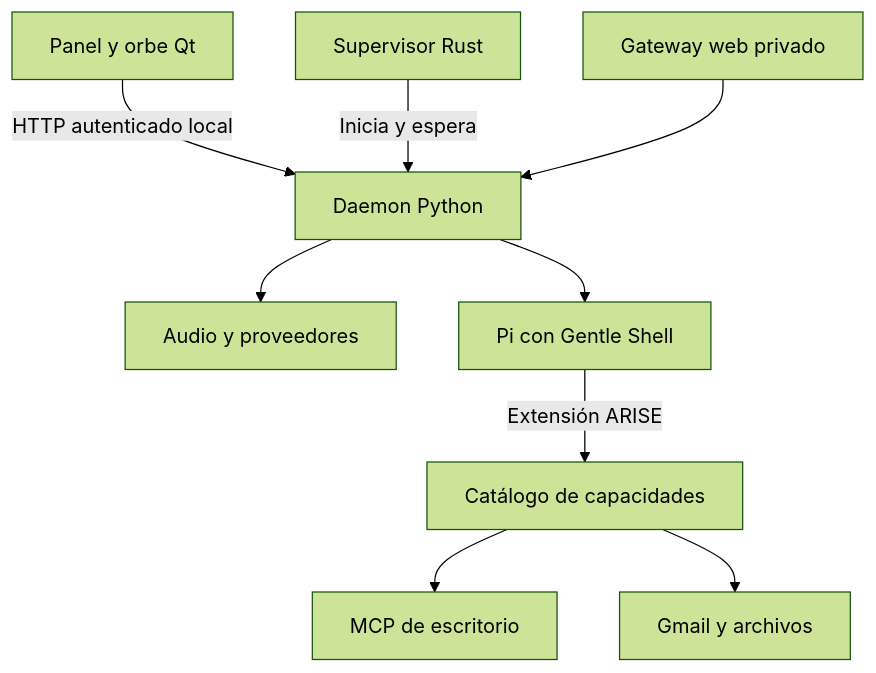
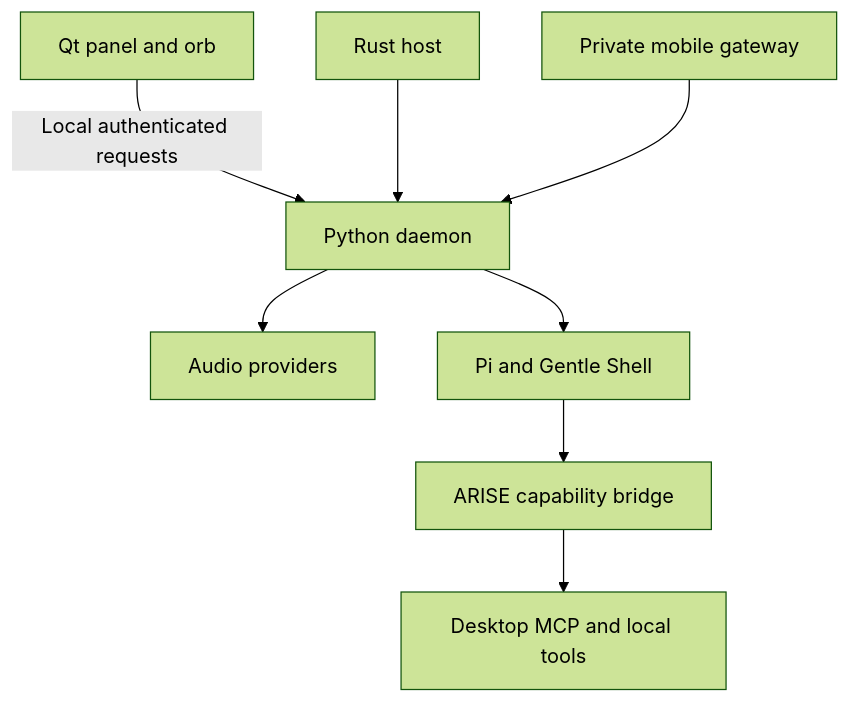
One commit to Maicololiveras/Arise changed the diagram in docs/ARCHITECTURE.md. Above: the diagram before and after it, drawn with Mermaid (forest theme). The commit also changed other lines of this file and 38 other files, not shown here.

````diff
--- a/docs/ARCHITECTURE.md
+++ b/docs/ARCHITECTURE.md
@@ -5,11 +8,10 @@
 ```mermaid
 flowchart TD
-    U[Panel y orbe Qt] -->|HTTP autenticado local| D[Daemon Python]
-    R[Supervisor Rust] -->|Inicia y espera| D
-    W[Gateway web privado] --> D
-    D --> V[Audio y proveedores]
-    D --> P[Pi con Gentle Shell]
-    P -->|Extensión ARISE| C[Catálogo de capacidades]
-    C --> M[MCP de escritorio]
-    C --> G[Gmail y archivos]
+    UI[Qt panel and orb] -->|Local authenticated requests| D[Python daemon]
+    H[Rust host] --> D
+    G[Private mobile gateway] --> D
+    D --> A[Audio providers]
+    D --> P[Pi and Gentle Shell]
+    P --> C[ARISE capability bridge]
+    C --> T[Desktop MCP and local tools]
 ```
````
